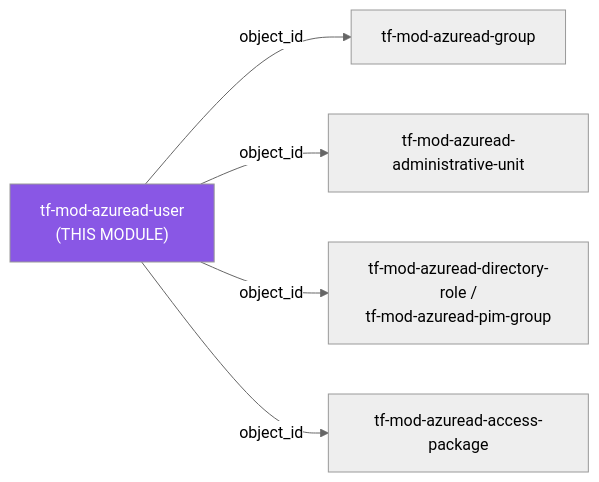
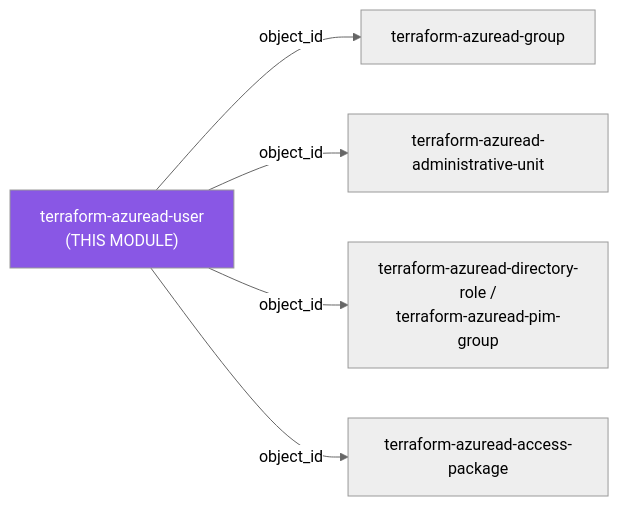
One commit to microsoftexpert/terraform-azuread-user changed the first of 2 diagrams in README.md. Above: the diagram before and after it, drawn with Mermaid (neutral theme). The commit also changed other lines of this file and 2 other files, not shown here.

````diff
--- a/README.md
+++ b/README.md
@@ -40,15 +40,15 @@
 ```mermaid
 flowchart LR
- THIS["tf-mod-azuread-user<br/>(THIS MODULE)"]
- GROUP["tf-mod-azuread-group"]
- AU["tf-mod-azuread-administrative-unit"]
- ROLE["tf-mod-azuread-directory-role /<br/>tf-mod-azuread-pim-group"]
- PKG["tf-mod-azuread-access-package"]
+ THIS["terraform-azuread-user<br/>(THIS MODULE)"]
+ GROUP["terraform-azuread-group"]
+ AU["terraform-azuread-administrative-unit"]
+ ROLE["terraform-azuread-directory-role /<br/>terraform-azuread-pim-group"]
+ PKG["terraform-azuread-access-package"]
 
  THIS -->|"object_id"| GROUP
  THIS -->|"object_id"| AU
  THIS -->|"object_id"| ROLE
  THIS -->|"object_id"| PKG
 
  style THIS fill:#8957E5,color:#fff
 ```
````
